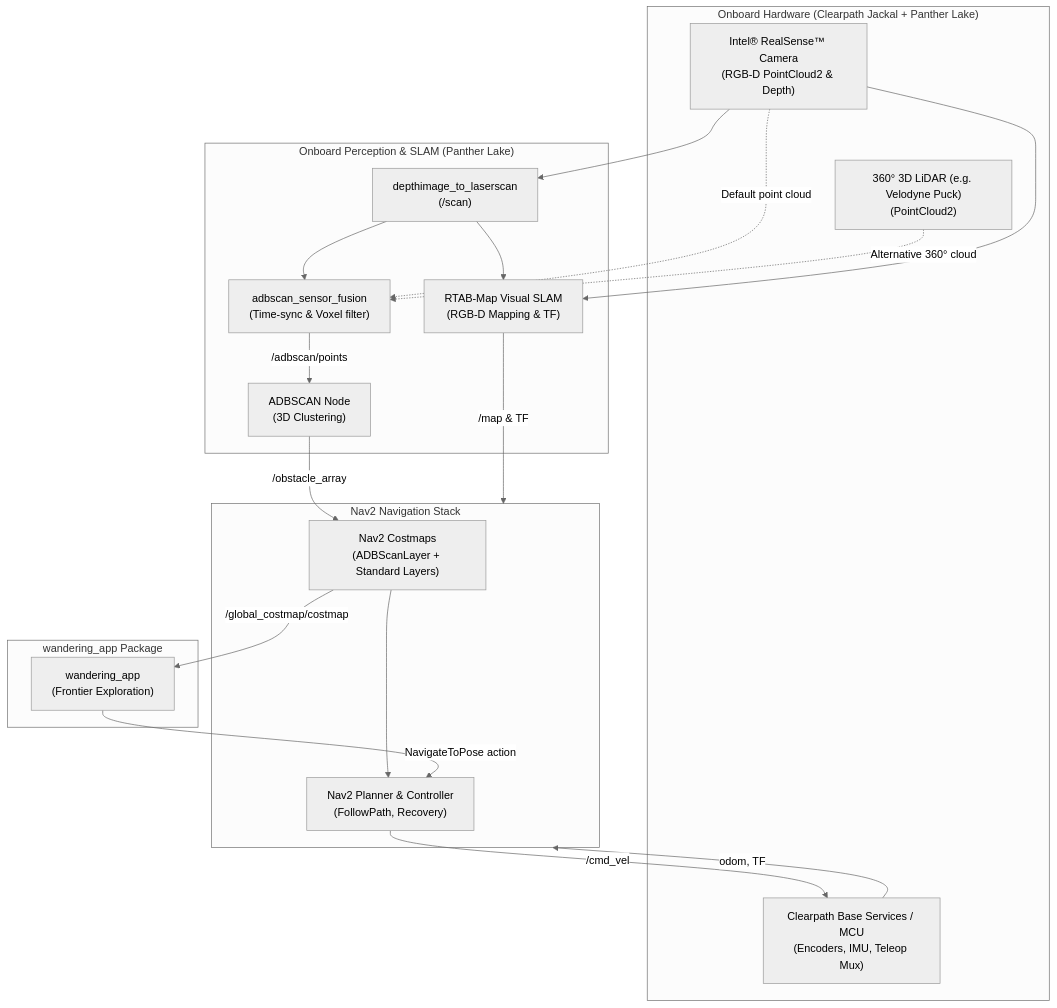
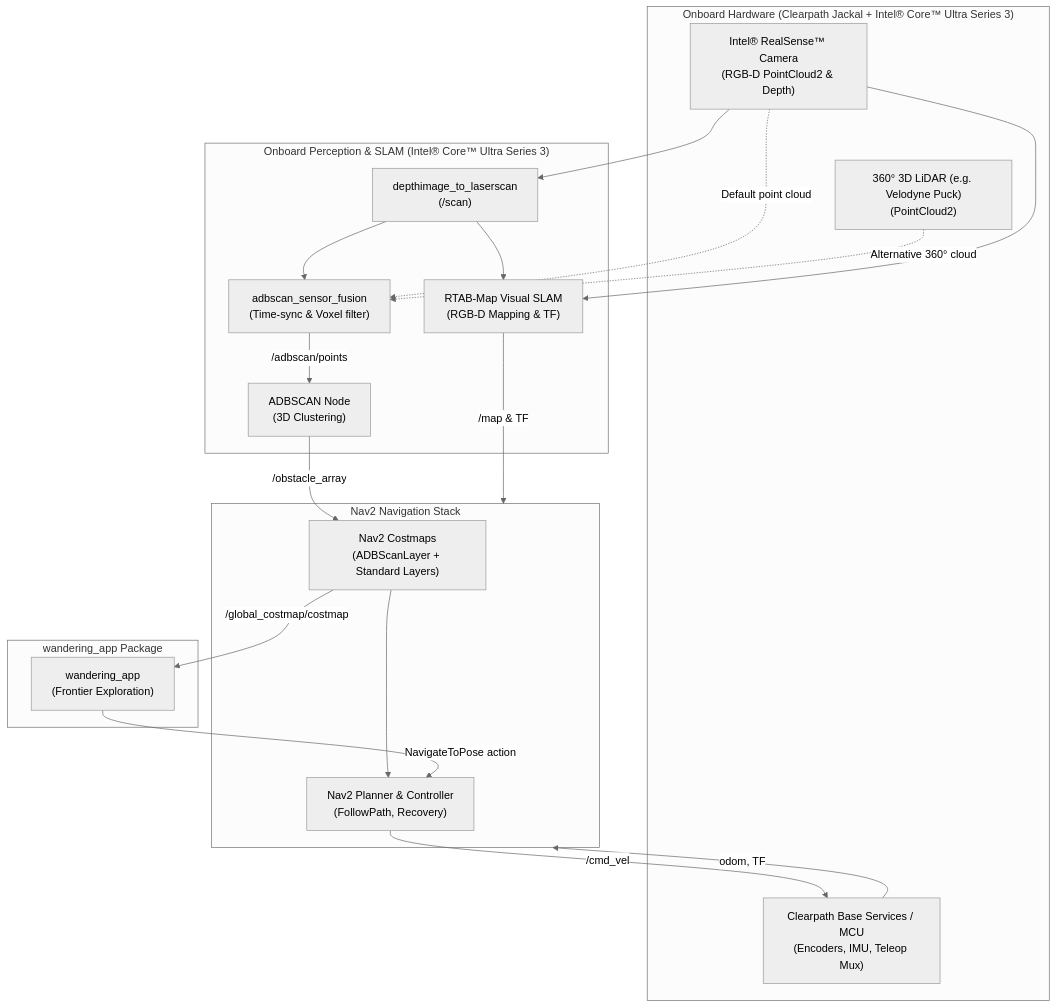
One commit to open-edge-platform/robotics-ai-suite-staging changed the diagram in docs/user-guide/software_references/amr/deployment/wandering_deploy.md. Above: the diagram before and after it, drawn with Mermaid (neutral theme). The commit also changed other lines of this file and 63 other files, not shown here.

````diff
--- a/docs/user-guide/software_references/amr/deployment/wandering_deploy.md
+++ b/docs/user-guide/software_references/amr/deployment/wandering_deploy.md
@@ -11,39 +11,39 @@
 ```{mermaid}
 flowchart TD
-    subgraph Hardware["Onboard Hardware (Clearpath Jackal + Panther Lake)"]
+    subgraph Hardware["Onboard Hardware (Clearpath Jackal + Intel® Core™ Ultra Series 3)"]
         RS["Intel® RealSense™ Camera\n(RGB-D PointCloud2 & Depth)"]
         LiDAR3D["360° 3D LiDAR (e.g. Velodyne Puck)\n(PointCloud2)"]
         BaseServices["Clearpath Base Services / MCU\n(Encoders, IMU, Teleop Mux)"]
     end
 
-    subgraph Perception["Onboard Perception & SLAM (Panther Lake)"]
+    subgraph Perception["Onboard Perception & SLAM (Intel® Core™ Ultra Series 3)"]
         D2L["depthimage_to_laserscan\n(/scan)"]
         Fusion["adbscan_sensor_fusion\n(Time-sync & Voxel filter)"]
         ADBSCAN["ADBSCAN Node\n(3D Clustering)"]
         RTAB["RTAB-Map Visual SLAM\n(RGB-D Mapping & TF)"]
     end
 
     subgraph Navigation["Nav2 Navigation Stack"]
         Costmap["Nav2 Costmaps\n(ADBScanLayer + Standard Layers)"]
         NavServer["Nav2 Planner & Controller\n(FollowPath, Recovery)"]
     end
 
     subgraph Application["wandering_app Package"]
         WanderApp["wandering_app\n(Frontier Exploration)"]
     end
 
     RS --> D2L
     RS -.->|"Default point cloud"| Fusion
     LiDAR3D -.->|"Alternative 360° cloud"| Fusion
     D2L --> Fusion
     RS --> RTAB
     D2L --> RTAB
     Fusion -->|"/adbscan/points"| ADBSCAN
     ADBSCAN -->|"/obstacle_array"| Costmap
     RTAB -->|"/map & TF"| Navigation
     BaseServices -->|"odom, TF"| Navigation
     Costmap --> NavServer
     Costmap -->|"/global_costmap/costmap"| WanderApp
     WanderApp -->|"NavigateToPose action"| NavServer
     NavServer -->|"/cmd_vel"| BaseServices
 ```
````
